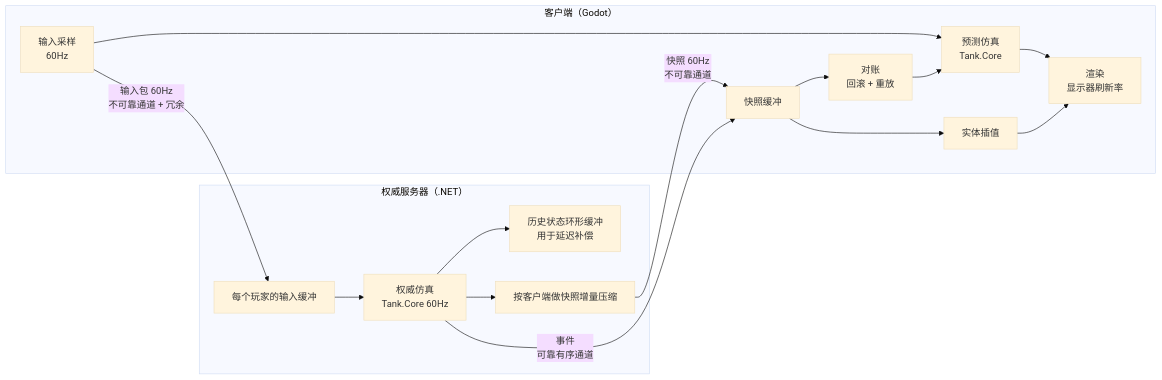
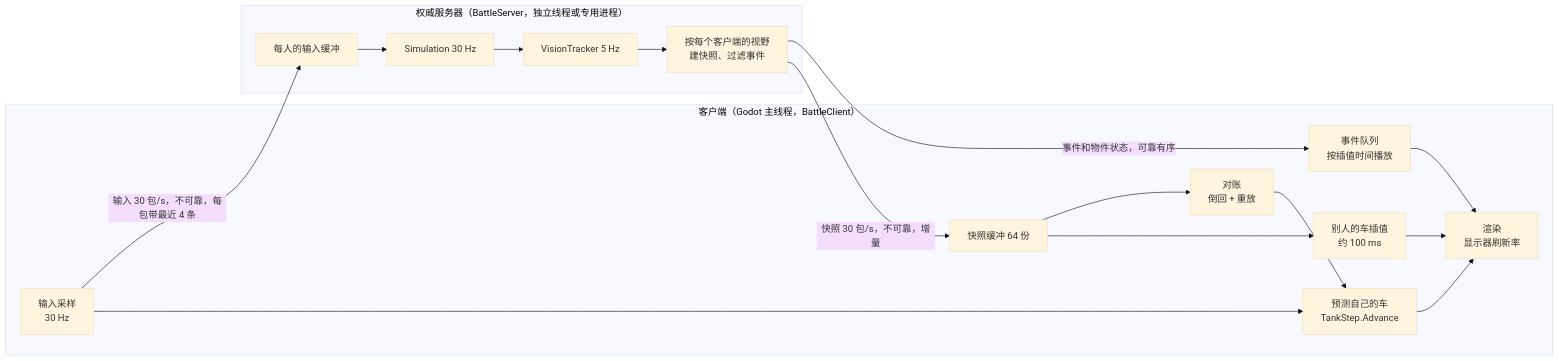
One commit to Murphycx94/BattleCity changed the first of 2 diagrams in docs/03-netcode.md. Above: the diagram before and after it, drawn with Mermaid (base theme). The commit also changed other lines of this file and 152 other files, not shown here.

First line of the commit message:
refactor: stage 4C cleanup — delete the old grid game, tidy Tank.Net, CI and docs for the new game

````diff
--- a/docs/03-netcode.md
+++ b/docs/03-netcode.md
@@ -23,17 +24,18 @@
 ```mermaid
 flowchart LR
-  subgraph Client["客户端（Godot）"]
-    IN[输入采样<br/>60Hz] --> PRED[预测仿真<br/>Tank.Core]
-    PRED --> RENDER[渲染<br/>显示器刷新率]
-    SNAP[快照缓冲] --> INTERP[实体插值] --> RENDER
-    SNAP --> RECON[对账<br/>回滚 + 重放] --> PRED
+  subgraph Client["客户端（Godot 主线程，BattleClient）"]
+    IN[输入采样<br/>30 Hz] --> PRED[预测自己的车<br/>TankStep.Advance]
+    SNAP[快照缓冲 64 份] --> INTERP[别人的车插值<br/>约 100 ms] --> RENDER[渲染<br/>显示器刷新率]
+    PRED --> RENDER
+    SNAP --> RECON[对账<br/>倒回 + 重放] --> PRED
+    EVQ[事件队列<br/>按插值时间播放] --> RENDER
   end
-  subgraph Server["权威服务器（.NET）"]
-    IBUF[每个玩家的输入缓冲] --> SIM[权威仿真<br/>Tank.Core 60Hz]
-    SIM --> HIST[历史状态环形缓冲<br/>用于延迟补偿]
-    SIM --> DELTA[按客户端做快照增量压缩]
+  subgraph Server["权威服务器（BattleServer，独立线程或专用进程）"]
+    IBUF[每人的输入缓冲] --> SIM[Simulation 30 Hz]
+    SIM --> VIS[VisionTracker 5 Hz]
+    VIS --> BUILD[按每个客户端的视野<br/>建快照、过滤事件]
   end
-  IN -- "输入包 60Hz<br/>不可靠通道 + 冗余" --> IBUF
-  DELTA -- "快照 60Hz<br/>不可靠通道" --> SNAP
-  SIM -- "事件<br/>可靠有序通道" --> SNAP
+  IN -- "输入 30 包/s，不可靠，每包带最近 4 条" --> IBUF
+  BUILD -- "快照 30 包/s，不可靠，增量" --> SNAP
+  BUILD -- "事件和物件状态，可靠有序" --> EVQ
 ```
````
